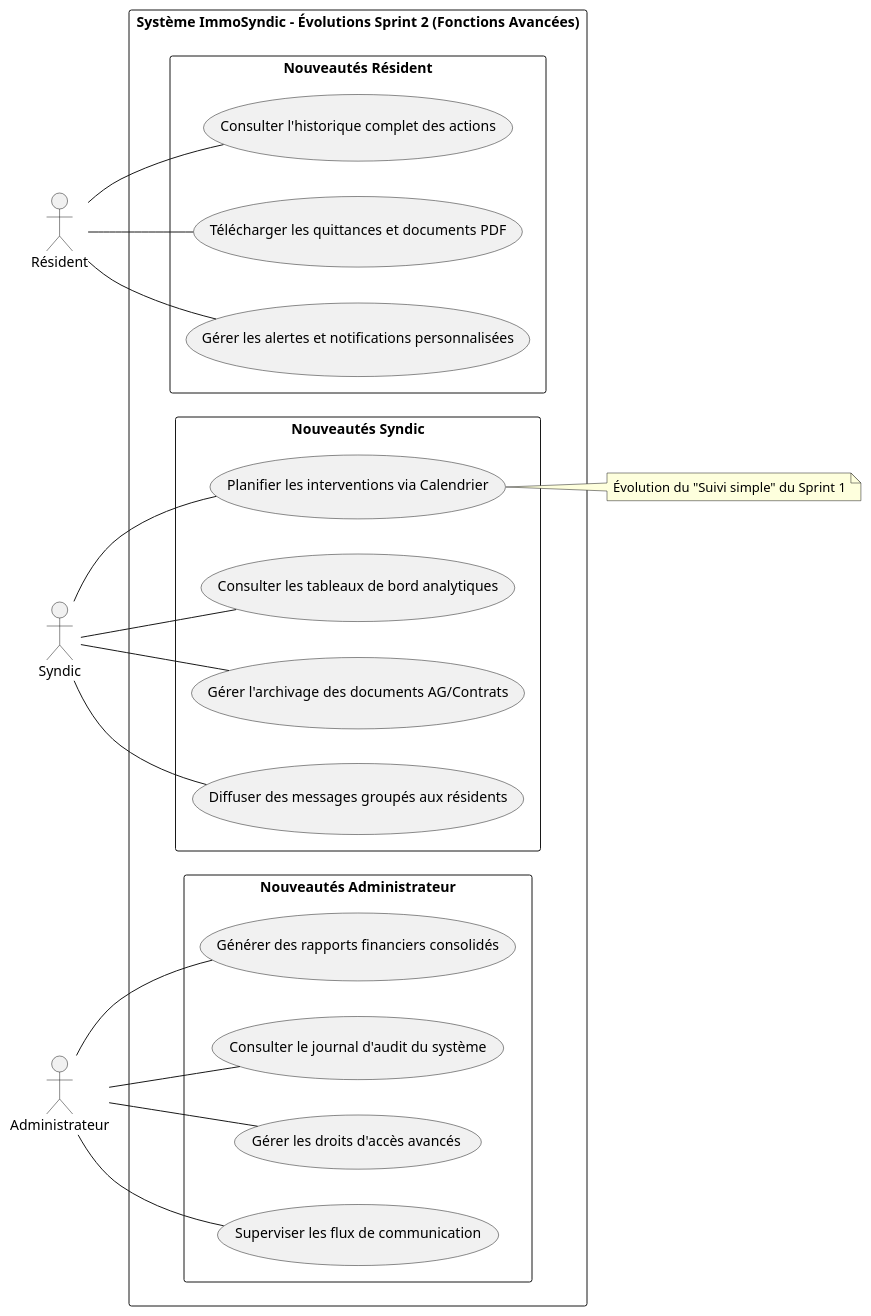
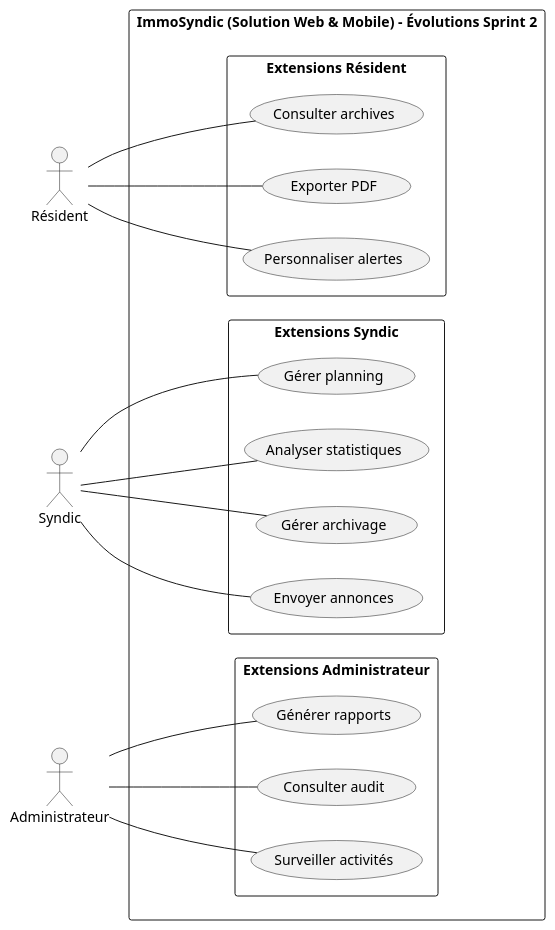
One commit to fadna-lakhouchen/Projet-finale changed the diagram in analyse/ideation/cas_utilisation/use_case_sprint2_avance.puml. Above: the diagram before and after it, drawn with PlantUML. The commit also changed 7 other files, not shown here.

```diff
--- a/analyse/ideation/cas_utilisation/use_case_sprint2_avance.puml
+++ b/analyse/ideation/cas_utilisation/use_case_sprint2_avance.puml
@@ -1,42 +1,34 @@
 @startuml
 left to right direction
 skinparam packageStyle rectangle
 skinparam shadowing false
 
 ' Define actors
 actor "Résident" as Resident
 actor "Syndic" as Syndic
 actor "Administrateur" as Admin
 
-rectangle "Système ImmoSyndic - Évolutions Sprint 2 (Fonctions Avancées)" {
+rectangle "ImmoSyndic (Solution Web & Mobile) - Évolutions Sprint 2" {
 
-  ' --- Espace RESIDENT (Incrément) ---
-  package "Nouveautés Résident" {
-    Resident -- (Consulter l'historique complet des actions)
-    Resident -- (Télécharger les quittances et documents PDF)
-    Resident -- (Gérer les alertes et notifications personnalisées)
+  package "Extensions Résident" {
+    Resident -- (Consulter archives)
+    Resident -- (Exporter PDF)
+    Resident -- (Personnaliser alertes)
   }
 
-  ' --- Espace SYNDIC (Incrément) ---
-  package "Nouveautés Syndic" {
-    Syndic -- (Planifier les interventions via Calendrier)
-    Syndic -- (Consulter les tableaux de bord analytiques)
-    Syndic -- (Gérer l'archivage des documents AG/Contrats)
-    Syndic -- (Diffuser des messages groupés aux résidents)
+  package "Extensions Syndic" {
+    Syndic -- (Gérer planning)
+    Syndic -- (Analyser statistiques)
+    Syndic -- (Gérer archivage)
+    Syndic -- (Envoyer annonces)
   }
 
-  ' --- Espace ADMINISTRATEUR (Incrément) ---
-  package "Nouveautés Administrateur" {
-    Admin -- (Générer des rapports financiers consolidés)
-    Admin -- (Consulter le journal d'audit du système)
-    Admin -- (Gérer les droits d'accès avancés)
-    Admin -- (Superviser les flux de communication)
+  package "Extensions Administrateur" {
+    Admin -- (Générer rapports)
+    Admin -- (Consulter audit)
+    Admin -- (Surveiller activités)
   }
 
 }
 
-note right of (Planifier les interventions via Calendrier)
-  Évolution du "Suivi simple" du Sprint 1
-end note
-
 @enduml
```
